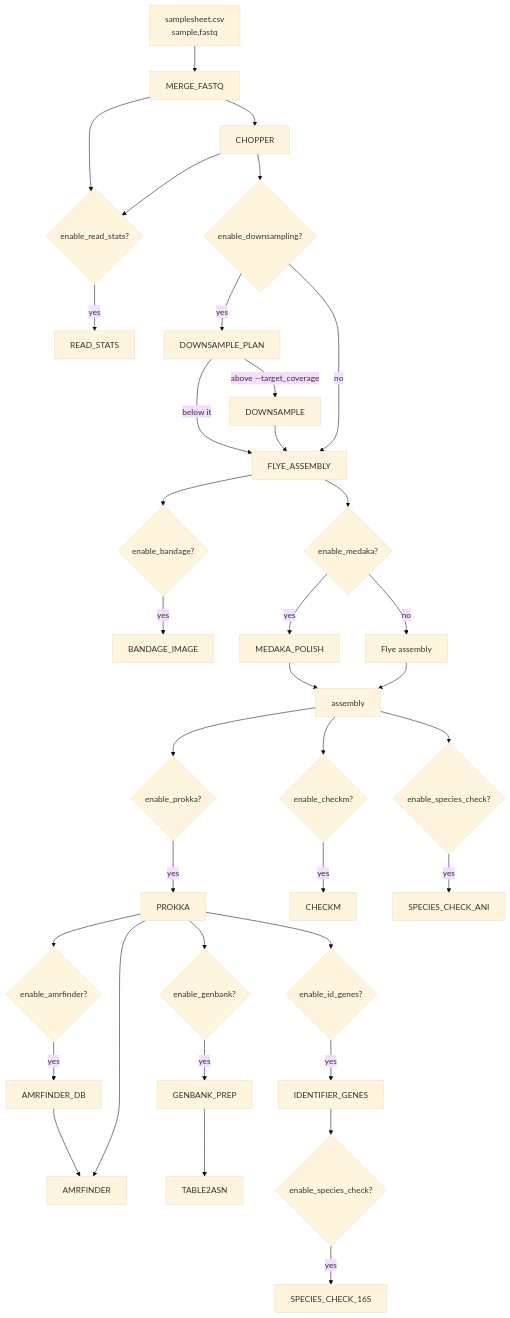
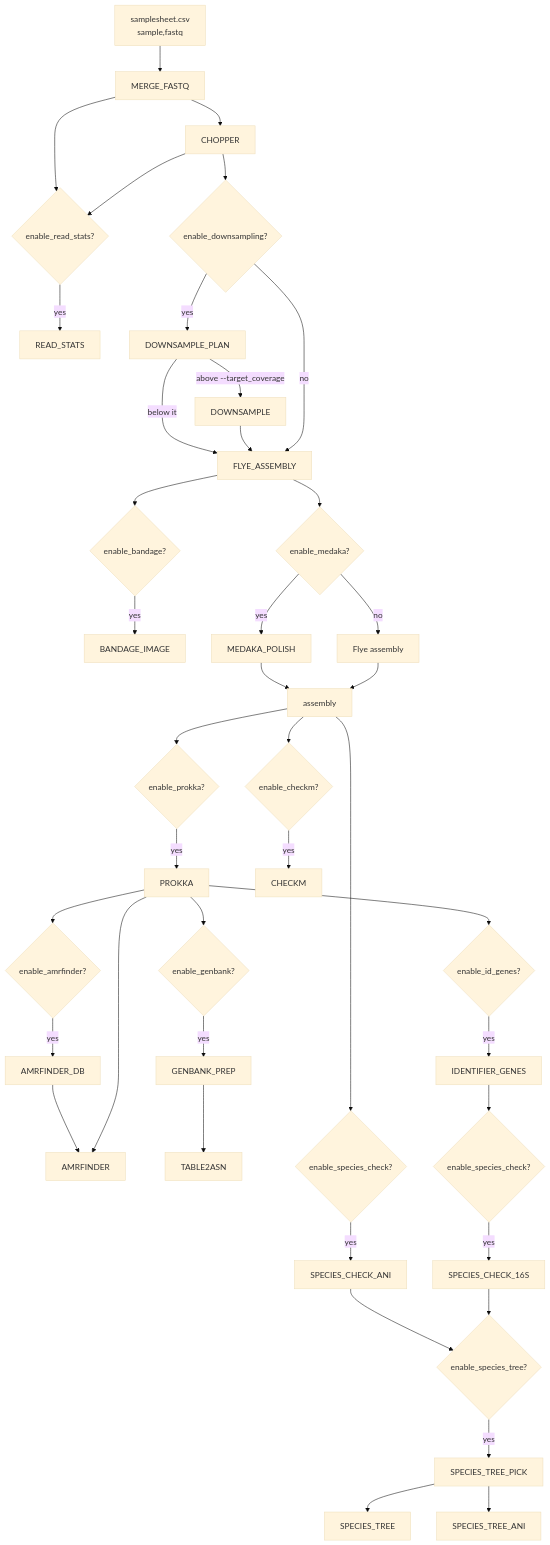
The diagram in README.md (ehill-iolani/ulana-nf), drawn with Mermaid (base theme) before and after one commit. The commit also changed other lines of this file and 26 other files, not shown here.

Commit message:
added the species tree: GToTree + IQ-TREE marker-gene tree with the closest type strains, plus pairwise ANI

````diff
--- a/README.md
+++ b/README.md
@@ -25,44 +26,49 @@
 ```mermaid
 flowchart TD
   A["samplesheet.csv<br/>sample,fastq"] --> B[MERGE_FASTQ]
   B --> C[CHOPPER]
   B --> R1{enable_read_stats?}
   C --> R1
   R1 -->|yes| R2[READ_STATS]
   C --> DS{enable_downsampling?}
   DS -->|yes| DP[DOWNSAMPLE_PLAN]
   DP -->|"above --target_coverage"| DD[DOWNSAMPLE]
   DP -->|below it| D
   DD --> D
   DS -->|no| D[FLYE_ASSEMBLY]
 
   D --> D2{enable_bandage?}
   D2 -->|yes| D3[BANDAGE_IMAGE]
 
   D --> E{enable_medaka?}
   E -->|yes| F[MEDAKA_POLISH]
   E -->|no| G[Flye assembly]
   F --> H[assembly]
   G --> H
 
   H --> I{enable_prokka?}
   I -->|yes| J[PROKKA]
 
   H --> K{enable_checkm?}
   K -->|yes| L[CHECKM]
 
   J --> M{enable_id_genes?}
   M -->|yes| N[IDENTIFIER_GENES]
 
   J --> O{enable_amrfinder?}
   O -->|yes| P[AMRFINDER_DB] --> Q[AMRFINDER]
   J --> Q
 
   J --> S{enable_genbank?}
   S -->|yes| T[GENBANK_PREP] --> U[TABLE2ASN]
 
   H --> V{enable_species_check?}
   V -->|yes| W[SPECIES_CHECK_ANI]
   N --> X{enable_species_check?}
   X -->|yes| Y[SPECIES_CHECK_16S]
+
+  W --> Z{enable_species_tree?}
+  Y --> Z
+  Z -->|yes| Z1[SPECIES_TREE_PICK] --> Z2[SPECIES_TREE]
+  Z1 --> Z3[SPECIES_TREE_ANI]
 ```
````
